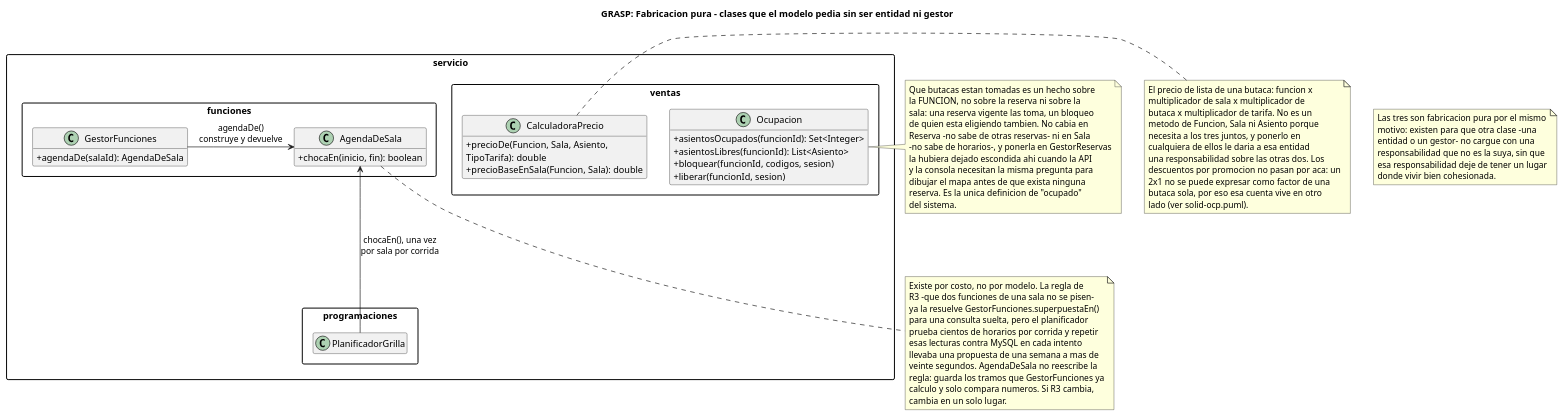
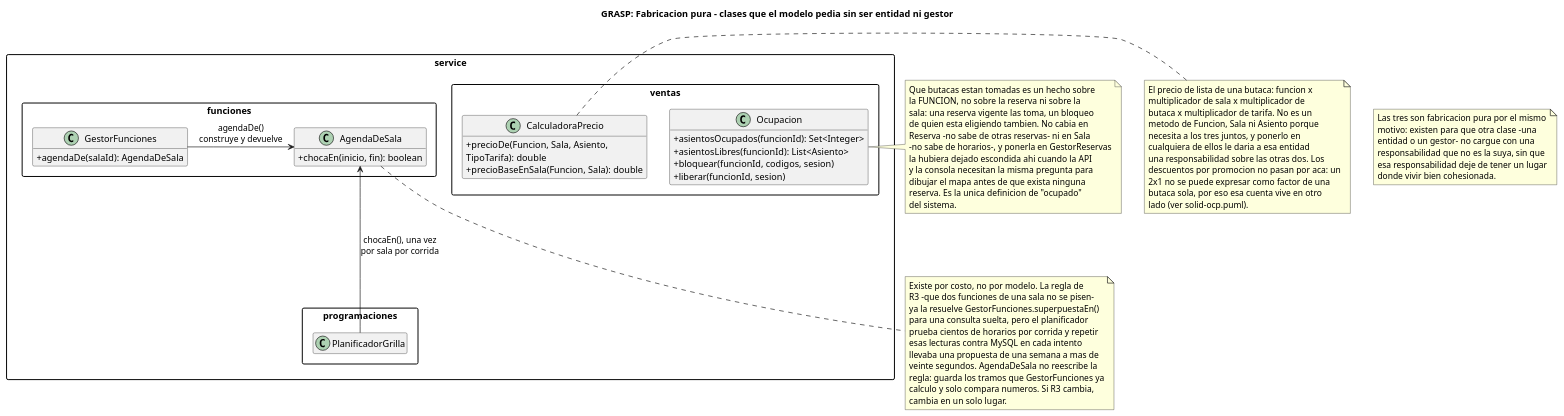
Before and after one commit to andreiveisuade/cine-uade: the diagram in cine-backend/docs/diagramas/grasp-pure-fabrication.puml, drawn with PlantUML. The commit also changed 20 other files, not shown here.

First line of the commit message:
docs: actualizar el manual y los diagramas a Spring Boot + Spring Data JPA

```diff
--- a/cine-backend/docs/diagramas/grasp-pure-fabrication.puml
+++ b/cine-backend/docs/diagramas/grasp-pure-fabrication.puml
@@ -1,95 +1,95 @@
 @startuml grasp-pure-fabrication
 title GRASP: Fabricacion pura - clases que el modelo pedia sin ser entidad ni gestor
 
 skinparam classAttributeIconSize 0
 skinparam packageStyle rectangle
 hide empty members
 
 ' Las tres no son una entidad del dominio -no representan un concepto del
 ' cine que un cliente reconozca, como Reserva o Funcion- ni son el gestor de
 ' un caso de uso -no tienen un CU-XX propio en el manual-. Existen porque
 ' asignarle esa responsabilidad a la entidad o al gestor mas cercano rompia
 ' otra cosa: alta cohesion de un lado, un segundo lugar con la misma logica
 ' del otro. Fabricacion pura es exactamente ese tercer lugar.
 
-package "servicio.ventas" {
+package "service.ventas" {
   class Ocupacion {
     +asientosOcupados(funcionId): Set<Integer>
     +asientosLibres(funcionId): List<Asiento>
     +bloquear(funcionId, codigos, sesion)
     +liberar(funcionId, sesion)
   }
   class CalculadoraPrecio {
     +precioDe(Funcion, Sala, Asiento,\nTipoTarifa): double
     +precioBaseEnSala(Funcion, Sala): double
   }
 }
 
-package "servicio.funciones" {
+package "service.funciones" {
   class GestorFunciones {
     +agendaDe(salaId): AgendaDeSala
   }
   class AgendaDeSala {
     +chocaEn(inicio, fin): boolean
   }
 }
 
-package "servicio.programaciones" {
+package "service.programaciones" {
   class PlanificadorGrilla
 }
 
 GestorFunciones -right-> AgendaDeSala : agendaDe()\nconstruye y devuelve
 PlanificadorGrilla -up-> AgendaDeSala : chocaEn(), una vez\npor sala por corrida
 
 note right of Ocupacion
   Que butacas estan tomadas es un hecho sobre
   la FUNCION, no sobre la reserva ni sobre la
   sala: una reserva vigente las toma, un bloqueo
   de quien esta eligiendo tambien. No cabia en
   Reserva -no sabe de otras reservas- ni en Sala
   -no sabe de horarios-, y ponerla en GestorReservas
   la hubiera dejado escondida ahi cuando la API
   y la consola necesitan la misma pregunta para
   dibujar el mapa antes de que exista ninguna
   reserva. Es la unica definicion de "ocupado"
   del sistema.
 end note
 
 note right of CalculadoraPrecio
   El precio de lista de una butaca: funcion x
   multiplicador de sala x multiplicador de
   butaca x multiplicador de tarifa. No es un
   metodo de Funcion, Sala ni Asiento porque
   necesita a los tres juntos, y ponerlo en
   cualquiera de ellos le daria a esa entidad
   una responsabilidad sobre las otras dos. Los
   descuentos por promocion no pasan por aca: un
   2x1 no se puede expresar como factor de una
   butaca sola, por eso esa cuenta vive en otro
   lado (ver solid-ocp.puml).
 end note
 
 note bottom of AgendaDeSala
   Existe por costo, no por modelo. La regla de
   R3 -que dos funciones de una sala no se pisen-
   ya la resuelve GestorFunciones.superpuestaEn()
   para una consulta suelta, pero el planificador
   prueba cientos de horarios por corrida y repetir
   esas lecturas contra MySQL en cada intento
   llevaba una propuesta de una semana a mas de
   veinte segundos. AgendaDeSala no reescribe la
   regla: guarda los tramos que GestorFunciones ya
   calculo y solo compara numeros. Si R3 cambia,
   cambia en un solo lugar.
 end note
 
 note as N1
   Las tres son fabricacion pura por el mismo
   motivo: existen para que otra clase -una
   entidad o un gestor- no cargue con una
   responsabilidad que no es la suya, sin que
   esa responsabilidad deje de tener un lugar
   donde vivir bien cohesionada.
 end note
 
 @enduml
```
